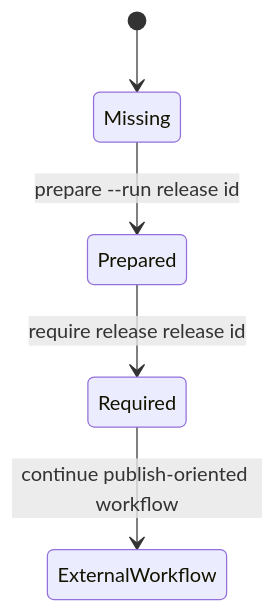
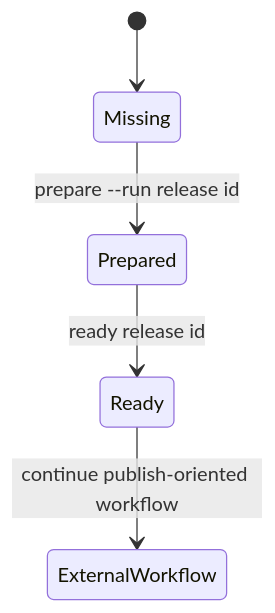
Before and after one commit to tooppoo/rellog: the third of 4 diagrams in docs/workflow.md, drawn with Mermaid. The commit also changed 11 other files, not shown here.

````diff
--- a/docs/workflow.md
+++ b/docs/workflow.md
@@ -80,7 +80,7 @@
 ```mermaid
 stateDiagram-v2
   [*] --> Missing
   Missing --> Prepared: prepare --run release id
-  Prepared --> Required: require release release id
-  Required --> ExternalWorkflow: continue publish-oriented workflow
+  Prepared --> Ready: ready release id
+  Ready --> ExternalWorkflow: continue publish-oriented workflow
 ```
````
